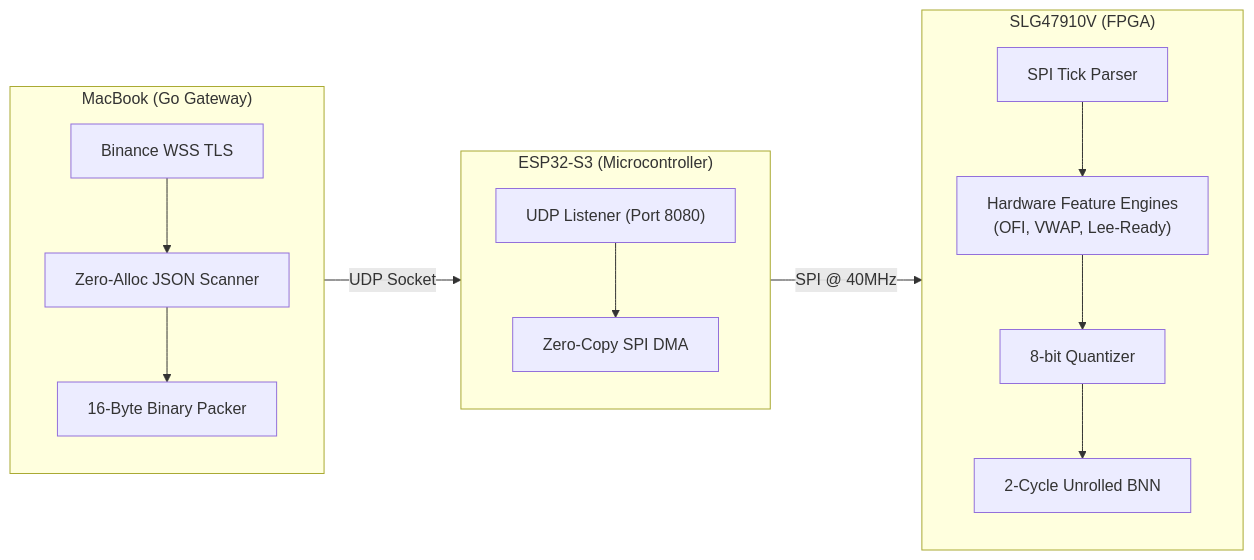
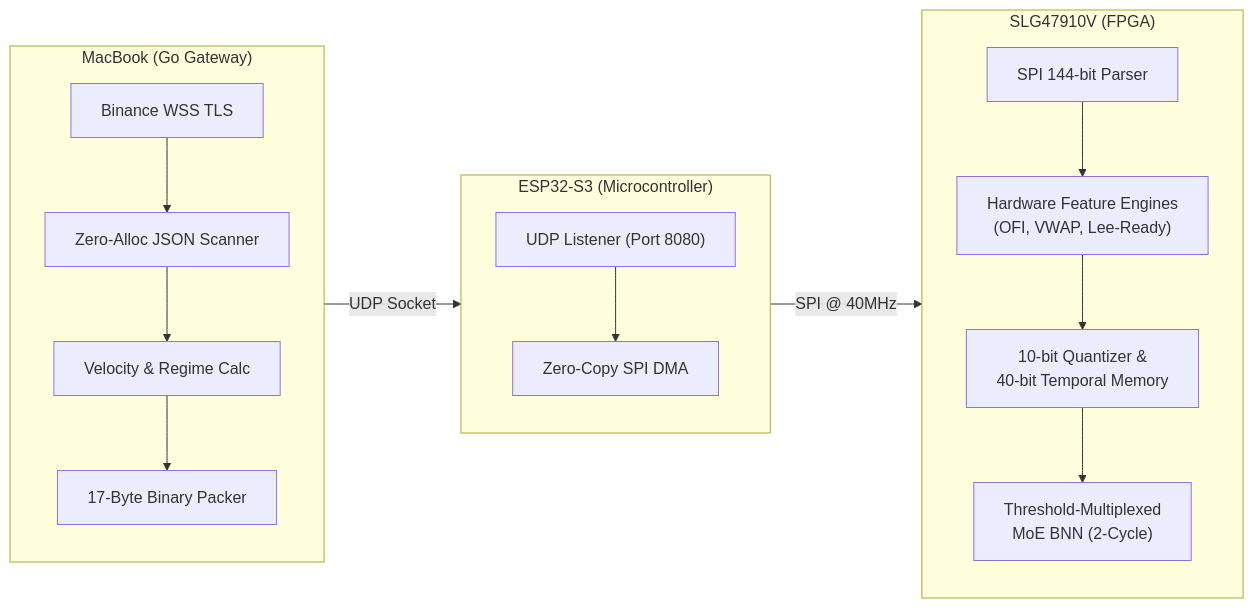
One commit to SushantGagneja/ultra-low-latency-ML-inference-on-FPGA changed the first of 3 diagrams in README.md. Above: the diagram before and after it, drawn with Mermaid. The commit also changed other lines of this file, not shown here.

````diff
--- a/README.md
+++ b/README.md
@@ -57,20 +62,21 @@
 ```mermaid
 flowchart LR
     subgraph Host["MacBook (Go Gateway)"]
         WS["Binance WSS TLS"] --> JSON["Zero-Alloc JSON Scanner"]
-        JSON --> PACK["16-Byte Binary Packer"]
+        JSON --> METADATA["Velocity & Regime Calc"]
+        METADATA --> PACK["17-Byte Binary Packer"]
     end
 
     subgraph ESP32["ESP32-S3 (Microcontroller)"]
         UDP["UDP Listener (Port 8080)"] --> DMA["Zero-Copy SPI DMA"]
     end
 
     subgraph FPGA["SLG47910V (FPGA)"]
-        SPI["SPI Tick Parser"] --> FEAT["Hardware Feature Engines\n(OFI, VWAP, Lee-Ready)"]
-        FEAT --> QUANT["8-bit Quantizer"]
-        QUANT --> BNN["2-Cycle Unrolled BNN"]
+        SPI["SPI 144-bit Parser"] --> FEAT["Hardware Feature Engines\n(OFI, VWAP, Lee-Ready)"]
+        FEAT --> QUANT["10-bit Quantizer &\n40-bit Temporal Memory"]
+        QUANT --> BNN["Threshold-Multiplexed\nMoE BNN (2-Cycle)"]
     end
 
     Host -- "UDP Socket" --> ESP32
     ESP32 -- "SPI @ 40MHz" --> FPGA
 ```
````
